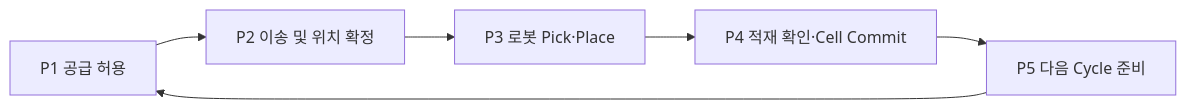
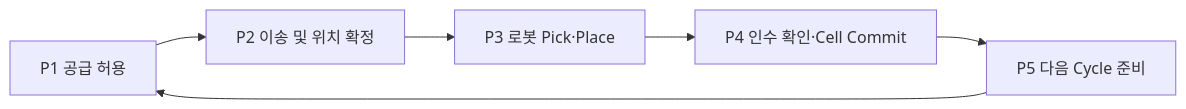
The first of 2 diagrams in docs/design/cells/conveyor-pnp-poc/cell-process.md (dev-kibeom/sftwin-arm-cell), drawn with Mermaid before and after one commit. The commit also changed other lines of this file and 2 other files, not shown here.

Commit message:
docs(cell): 배출 슬롯 인수와 Motion·Safety 복구 계약 정리

````diff
--- a/docs/design/cells/conveyor-pnp-poc/cell-process.md
+++ b/docs/design/cells/conveyor-pnp-poc/cell-process.md
@@ -15,8 +15,8 @@
 ```mermaid
 flowchart LR
     A[P1 공급 허용] --> B[P2 이송 및 위치 확정]
     B --> C[P3 로봇 Pick·Place]
-    C --> D[P4 적재 확인·Cell Commit]
+    C --> D[P4 인수 확인·Cell Commit]
     D --> E[P5 다음 Cycle 준비]
     E --> A
 ```
````
